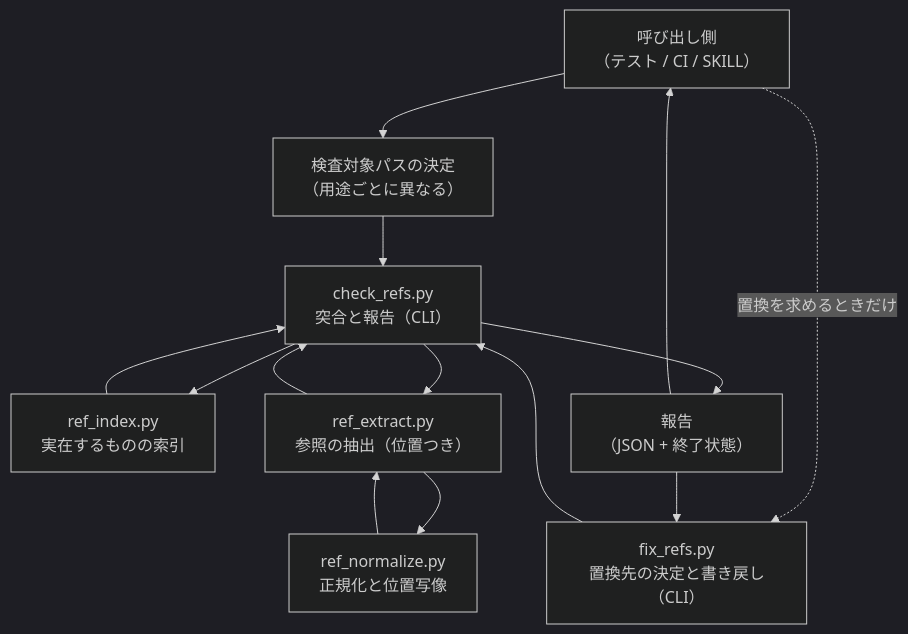
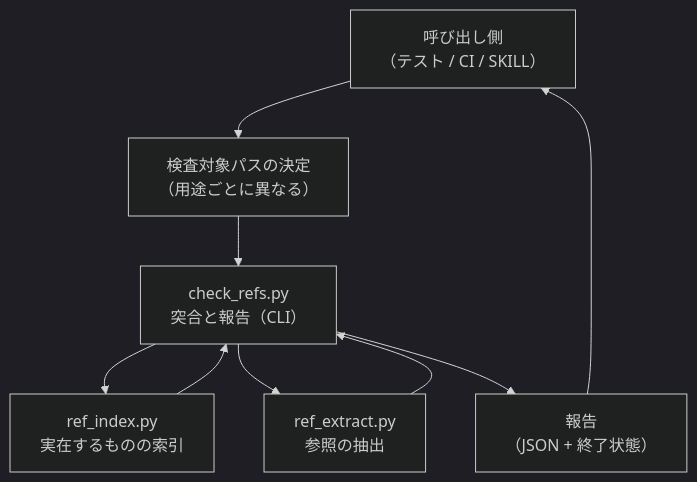
The first of 2 diagrams in docs/specs/forge/doc-reference-integrity/design/DES-081_doc_reference_integrity_design.md (BlueEventHorizon/bw-cc-plugins), drawn with Mermaid (dark theme) before and after one commit. The commit also changed other lines of this file and 14 other files, not shown here.

````diff
--- a/docs/specs/forge/doc-reference-integrity/design/DES-081_doc_reference_integrity_design.md
+++ b/docs/specs/forge/doc-reference-integrity/design/DES-081_doc_reference_integrity_design.md
@@ -106,25 +23,18 @@
 ```mermaid
 flowchart TB
     Caller["呼び出し側<br/>（テスト / CI / SKILL）"]
     Paths["検査対象パスの決定<br/>（用途ごとに異なる）"]
-    Norm["ref_normalize.py<br/>正規化と位置写像"]
     Index["ref_index.py<br/>実在するものの索引"]
-    Extract["ref_extract.py<br/>参照の抽出（位置つき）"]
+    Extract["ref_extract.py<br/>参照の抽出"]
     Check["check_refs.py<br/>突合と報告（CLI）"]
-    Fix["fix_refs.py<br/>置換先の決定と書き戻し（CLI）"]
     Report["報告<br/>（JSON + 終了状態）"]
 
     Caller --> Paths
     Paths --> Check
     Check --> Index
     Check --> Extract
-    Extract --> Norm
-    Norm --> Extract
+    Index --> Check
     Extract --> Check
-    Index --> Check
     Check --> Report
     Report --> Caller
-    Caller -.->|置換を求めるときだけ| Fix
-    Fix --> Check
-    Report --> Fix
 ```
````
